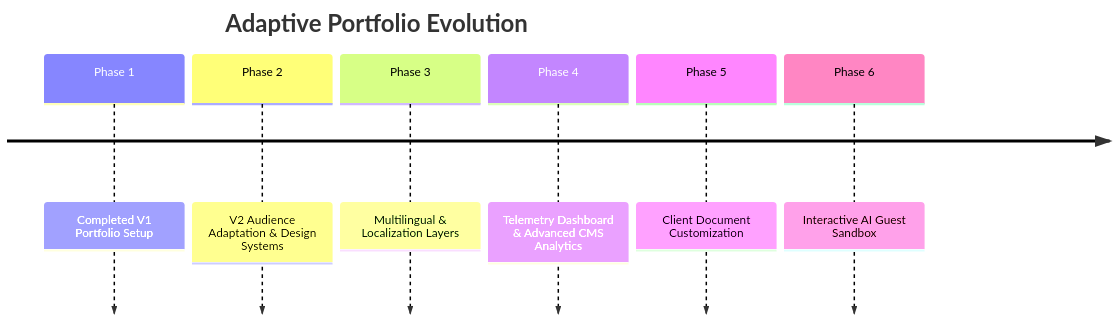
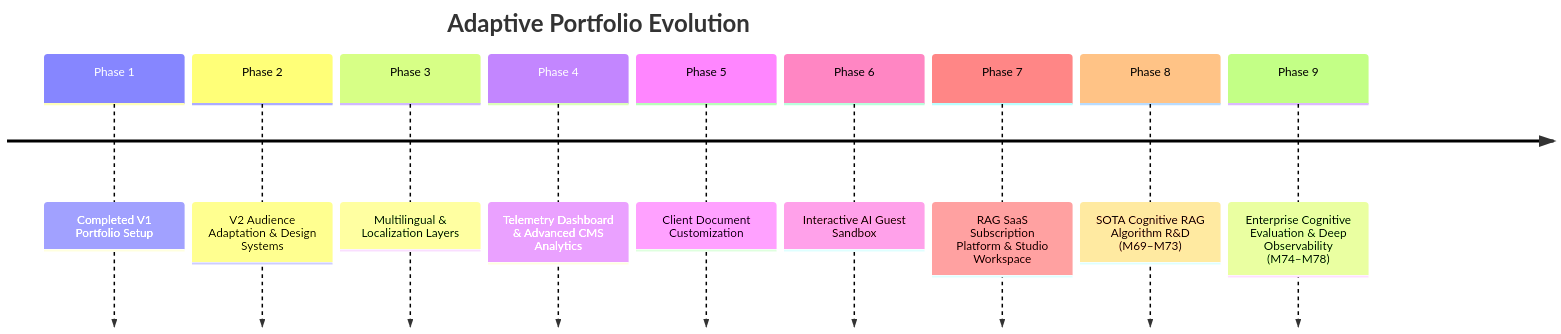
Before and after one commit to prat3010/Prateek_website: the diagram in docs/21_Future_Roadmap.md, drawn with Mermaid. The commit also changed other lines of this file and 11 other files, not shown here.

````diff
--- a/docs/21_Future_Roadmap.md
+++ b/docs/21_Future_Roadmap.md
@@ -15,10 +15,13 @@
 ```mermaid
 timeline
     title Adaptive Portfolio Evolution
     Phase 1 : Completed V1 Portfolio Setup
     Phase 2 : V2 Audience Adaptation & Design Systems
     Phase 3 : Multilingual & Localization Layers
     Phase 4 : Telemetry Dashboard & Advanced CMS Analytics
     Phase 5 : Client Document Customization
     Phase 6 : Interactive AI Guest Sandbox
+    Phase 7 : RAG SaaS Subscription Platform & Studio Workspace
+    Phase 8 : SOTA Cognitive RAG Algorithm R&D (M69–M73)
+    Phase 9 : Enterprise Cognitive Evaluation & Deep Observability (M74–M78)
 ```
````
